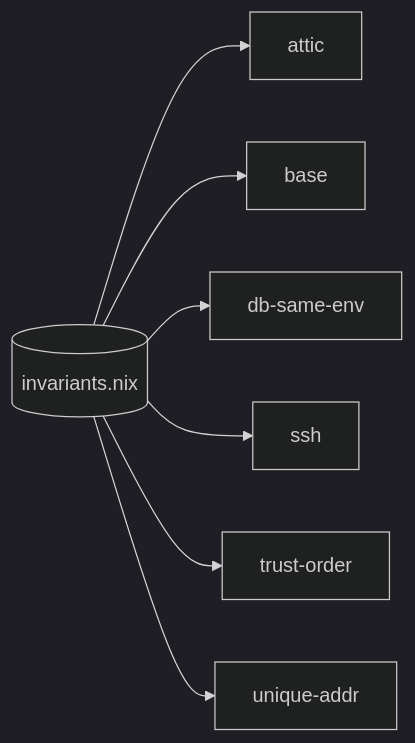
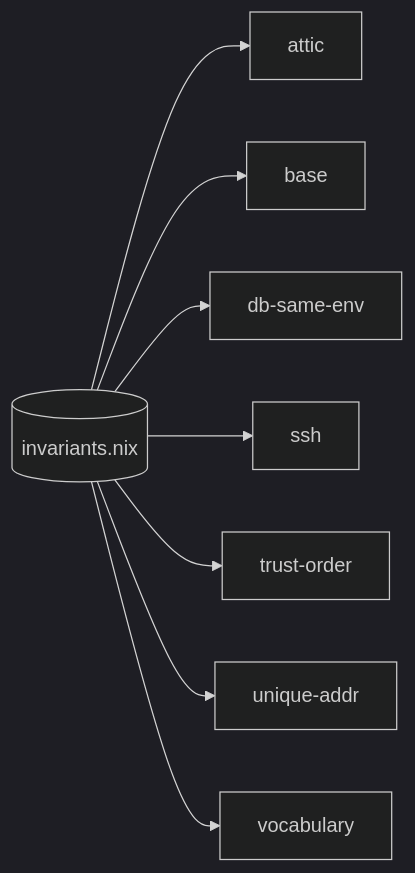
One commit to vic/sven changed the ninth of 12 diagrams in templates/fleet/README.md. Above: the diagram before and after it, drawn with Mermaid (dark theme). The commit also changed other lines of this file and 10 other files, not shown here.

````diff
--- a/templates/fleet/README.md
+++ b/templates/fleet/README.md
@@ -1338,16 +1338,18 @@
 ```mermaid
 flowchart LR
   n8dd0fe8499["attic"]
   ncd1535385b["base"]
   n0b92436946["db-same-env"]
   nc8da1a487b["ssh"]
   ne10dd2e08e["trust-order"]
   n411692d32a["unique-addr"]
+  ncaee6455ee["vocabulary"]
   necbadde1b9[("invariants.nix")]
   necbadde1b9 --> n8dd0fe8499
   necbadde1b9 --> ncd1535385b
   necbadde1b9 --> n0b92436946
   necbadde1b9 --> nc8da1a487b
   necbadde1b9 --> ne10dd2e08e
   necbadde1b9 --> n411692d32a
+  necbadde1b9 --> ncaee6455ee
 ```
````
